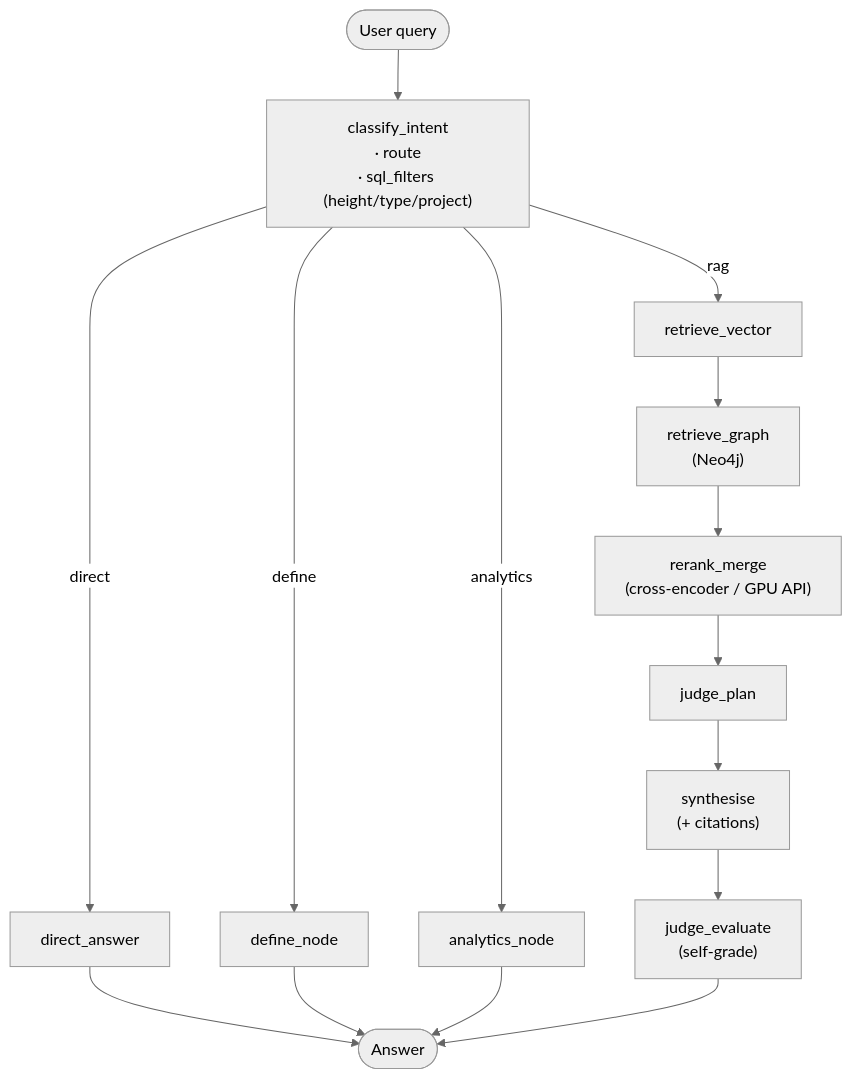
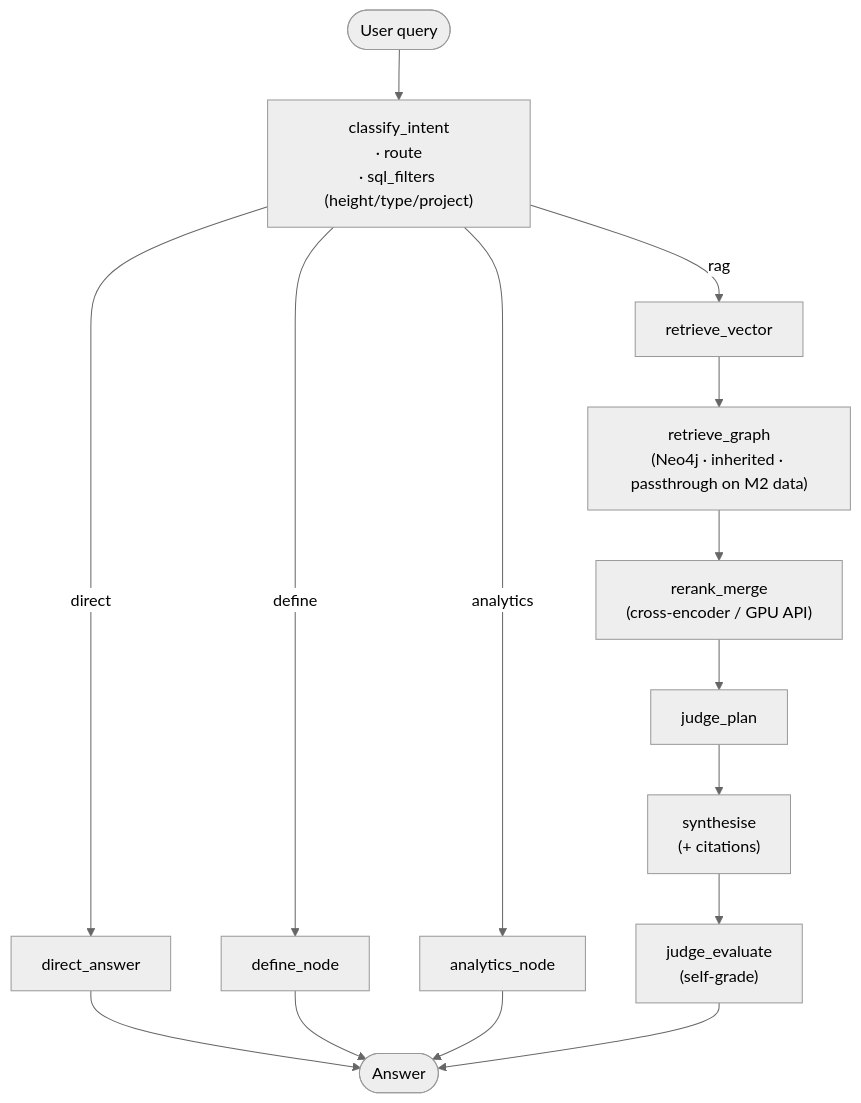
One commit to adeilm/RAG-Q-A changed the third of 7 diagrams in M2-repondre/ARCHITECTURE.md. Above: the diagram before and after it, drawn with Mermaid (neutral theme). The commit also changed other lines of this file and 1 other file, not shown here.

````diff
--- a/M2-repondre/ARCHITECTURE.md
+++ b/M2-repondre/ARCHITECTURE.md
@@ -80,20 +86,20 @@
 ```mermaid
 flowchart TD
     START([User query]) --> CI["classify_intent<br/>· route<br/>· sql_filters (height/type/project)"]
 
     CI -->|direct| DA["direct_answer"]
     CI -->|define| DEF["define_node"]
     CI -->|analytics| AN["analytics_node"]
     CI -->|rag| RV["retrieve_vector"]
 
-    RV --> RG["retrieve_graph<br/>(Neo4j)"]
+    RV --> RG["retrieve_graph<br/>(Neo4j · inherited · passthrough on M2 data)"]
     RG --> RM["rerank_merge<br/>(cross-encoder / GPU API)"]
     RM --> JP["judge_plan"]
     JP --> SY["synthesise<br/>(+ citations)"]
     SY --> JE["judge_evaluate<br/>(self-grade)"]
 
     DA --> END([Answer])
     DEF --> END
     AN --> END
     JE --> END
 ```
````
